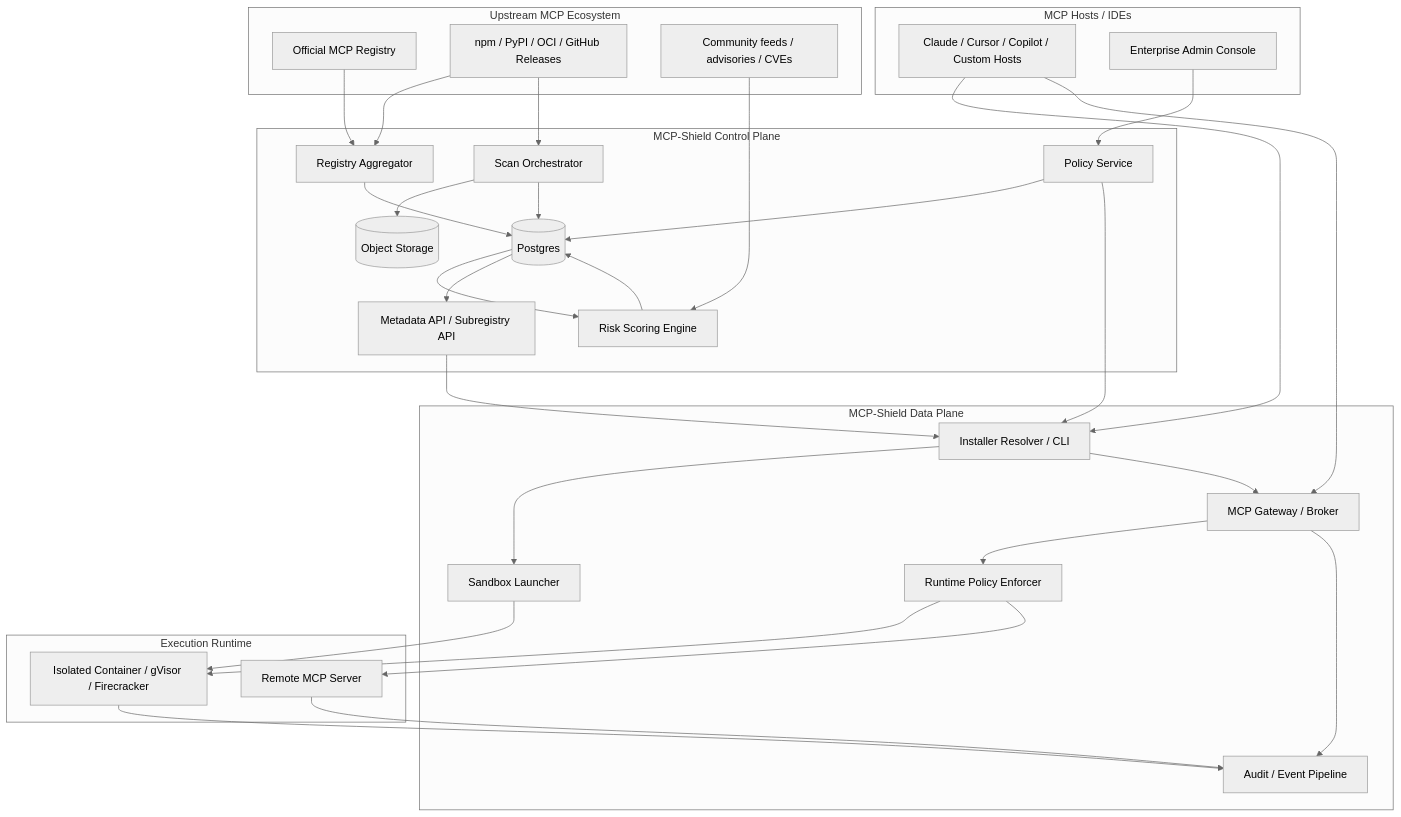
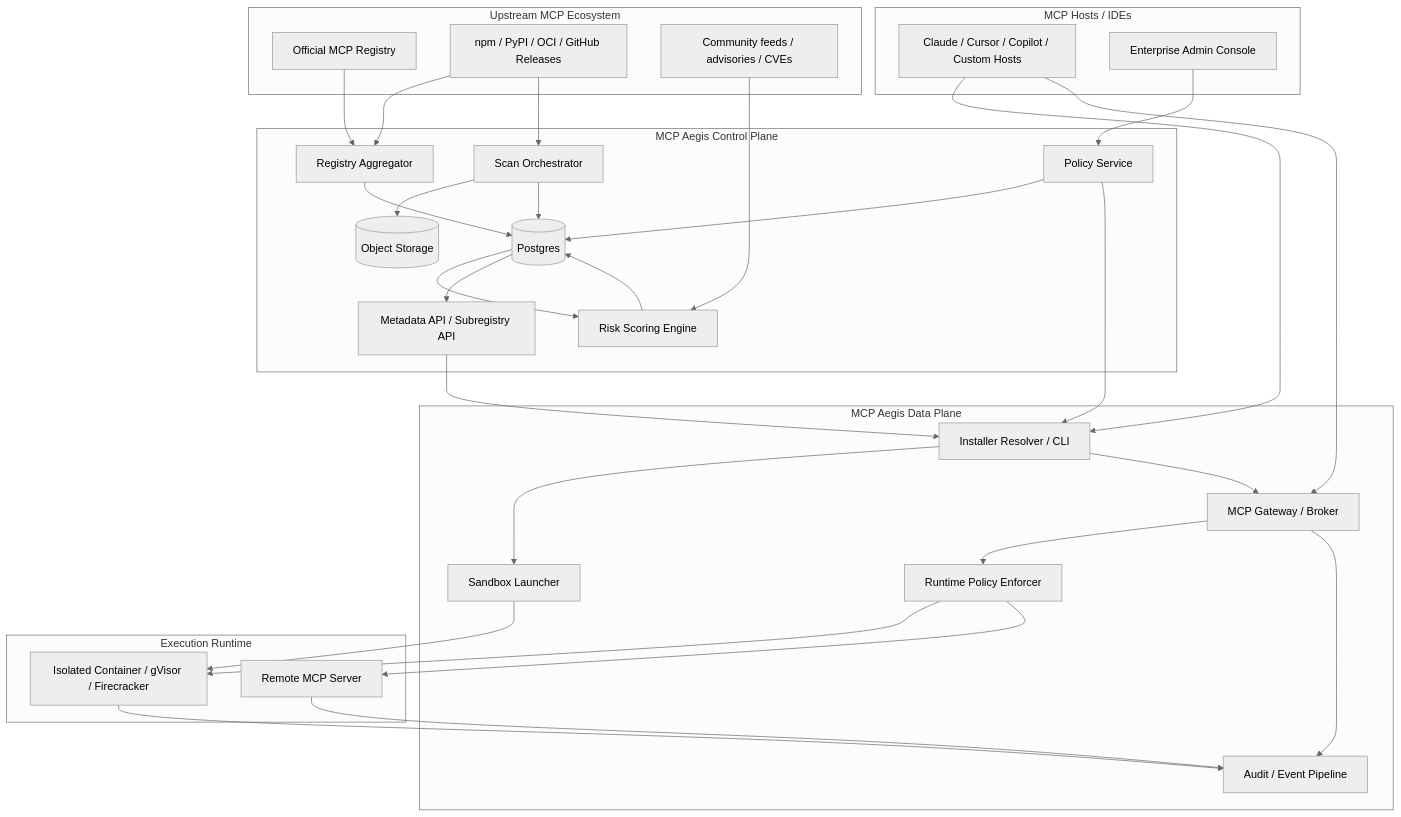
One commit to xiao-zi-chen/mcp-aegis changed the first of 6 diagrams in docs/architecture.md. Above: the diagram before and after it, drawn with Mermaid (neutral theme). The commit also changed other lines of this file and 1 other file, not shown here.

Commit message:
docs: rename project to MCP Aegis

````diff
--- a/docs/architecture.md
+++ b/docs/architecture.md
@@ -54,64 +54,64 @@
 ```mermaid
 flowchart TB
     subgraph Producers["Upstream MCP Ecosystem"]
         R1["Official MCP Registry"]
         R2["npm / PyPI / OCI / GitHub Releases"]
         R3["Community feeds / advisories / CVEs"]
     end
 
-    subgraph Control["MCP-Shield Control Plane"]
+    subgraph Control["MCP Aegis Control Plane"]
         A["Registry Aggregator"]
         S["Scan Orchestrator"]
         G["Risk Scoring Engine"]
         P["Policy Service"]
         M["Metadata API / Subregistry API"]
         DB[("Postgres")]
         O[("Object Storage")]
     end
 
-    subgraph Data["MCP-Shield Data Plane"]
+    subgraph Data["MCP Aegis Data Plane"]
         I["Installer Resolver / CLI"]
         X["MCP Gateway / Broker"]
         L["Sandbox Launcher"]
         K["Runtime Policy Enforcer"]
         AU["Audit / Event Pipeline"]
     end
 
     subgraph Runtime["Execution Runtime"]
         C1["Isolated Container / gVisor / Firecracker"]
         C2["Remote MCP Server"]
     end
 
     subgraph Clients["MCP Hosts / IDEs"]
         H1["Claude / Cursor / Copilot / Custom Hosts"]
         H2["Enterprise Admin Console"]
     end
 
     R1 --> A
     R2 --> A
     R2 --> S
     R3 --> G
     A --> DB
     S --> O
     S --> DB
     DB --> G
     G --> DB
     P --> DB
     DB --> M
 
     H2 --> P
     H1 --> I
     H1 --> X
 
     M --> I
     P --> I
     I --> L
     I --> X
     L --> C1
     X --> K
     K --> C1
     K --> C2
     C1 --> AU
     C2 --> AU
     X --> AU
 ```
````
